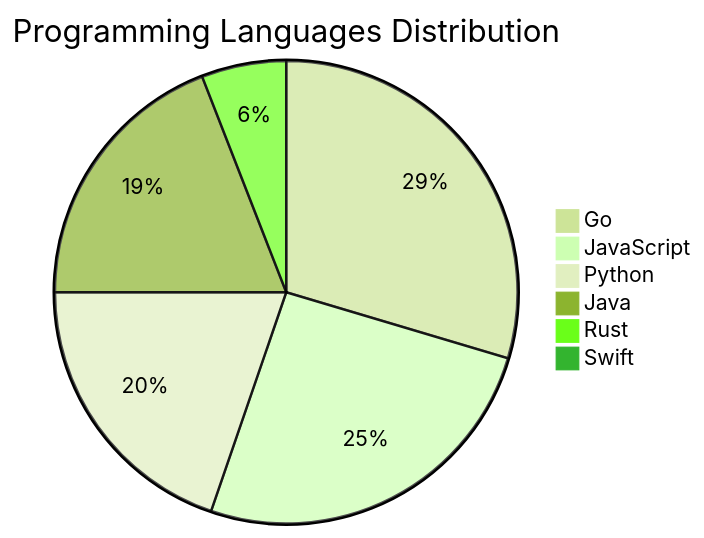
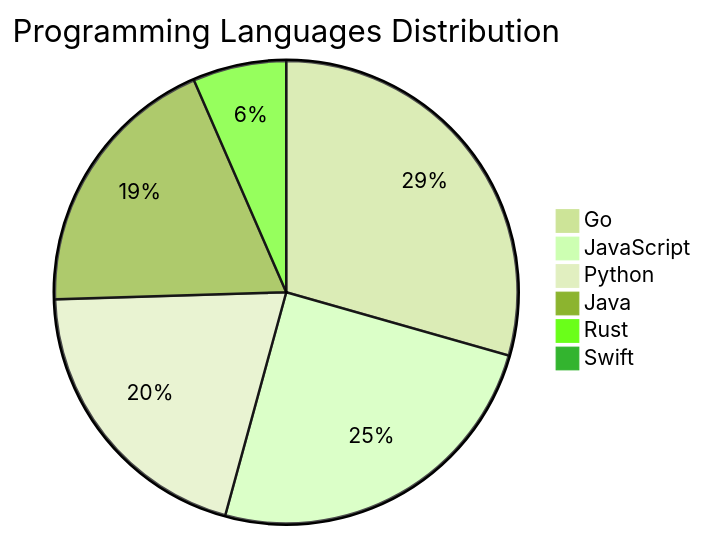
Before and after one commit to Derrick-MUGISHA/github-activity-bot: the diagram in README.md, drawn with Mermaid (forest theme). The commit also changed other lines of this file and 4 other files, not shown here.

````diff
--- a/README.md
+++ b/README.md
@@ -206,9 +206,9 @@
 ```mermaid
 pie title Programming Languages Distribution
     "Go" : 45
-    "JavaScript" : 39
-    "Python" : 30
+    "JavaScript" : 38
+    "Python" : 31
     "Java" : 29
-    "Rust" : 9
+    "Rust" : 10
     "Swift" : 1
 ```
````
